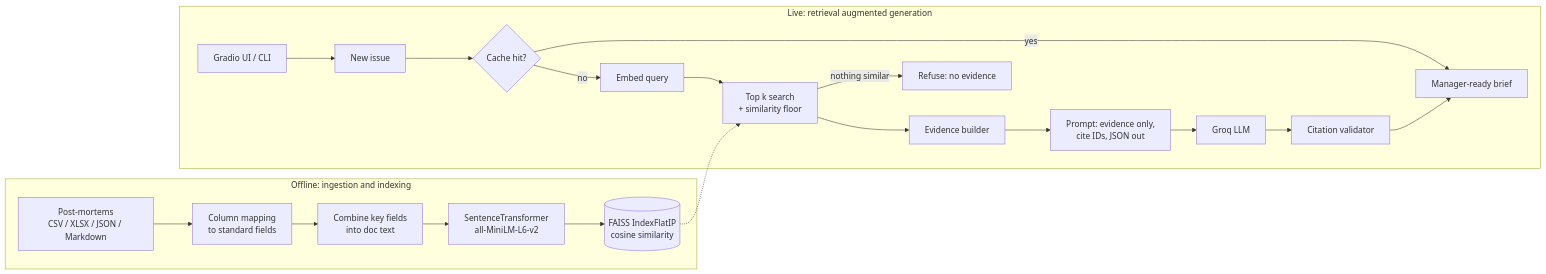
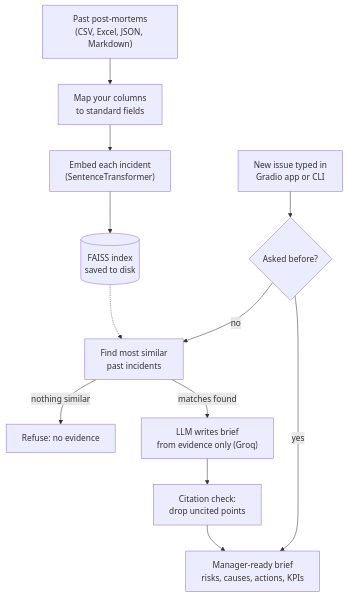
One commit to akashhalgekar/postmortem-intelligence changed the diagram in README.md. Above: the diagram before and after it, drawn with Mermaid. The commit also changed other lines of this file, not shown here.

````diff
--- a/README.md
+++ b/README.md
@@ -16,23 +18,14 @@
 ```mermaid
-flowchart LR
-  subgraph Offline["Offline: ingestion and indexing"]
-    A1[Post-mortems<br/>CSV / XLSX / JSON / Markdown] --> A2[Column mapping<br/>to standard fields]
-    A2 --> A3[Combine key fields<br/>into doc text]
-    A3 --> A4[SentenceTransformer<br/>all-MiniLM-L6-v2]
-    A4 --> A5[(FAISS IndexFlatIP<br/>cosine similarity)]
-  end
-  subgraph Live["Live: retrieval augmented generation"]
-    B1[Gradio UI / CLI] --> B2[New issue]
-    B2 --> B3{Cache hit?}
-    B3 -- yes --> B9
-    B3 -- no --> B4[Embed query]
-    B4 --> B5[Top k search<br/>+ similarity floor]
-    B5 -- nothing similar --> R[Refuse: no evidence]
-    B5 --> B6[Evidence builder]
-    B6 --> B7[Prompt: evidence only,<br/>cite IDs, JSON out]
-    B7 --> B8[Groq LLM]
-    B8 --> V[Citation validator]
-    V --> B9[Manager-ready brief]
-  end
+flowchart TD
+  A1["Past post-mortems<br/>(CSV, Excel, JSON, Markdown)"] --> A2["Map your columns<br/>to standard fields"]
+  A2 --> A3["Embed each incident<br/>(SentenceTransformer)"]
+  A3 --> A5[("FAISS index<br/>saved to disk")]
+  B1["New issue typed in<br/>Gradio app or CLI"] --> B3{"Asked before?"}
+  B3 -- "yes" --> B9
+  B3 -- "no" --> B5["Find most similar<br/>past incidents"]
   A5 -.-> B5
+  B5 -- "nothing similar" --> R["Refuse: no evidence"]
+  B5 -- "matches found" --> B8["LLM writes brief<br/>from evidence only (Groq)"]
+  B8 --> V["Citation check:<br/>drop uncited points"]
+  V --> B9["Manager-ready brief<br/>risks, causes, actions, KPIs"]
 ```
````
